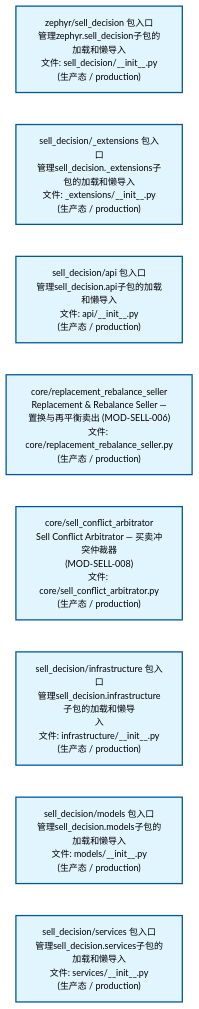
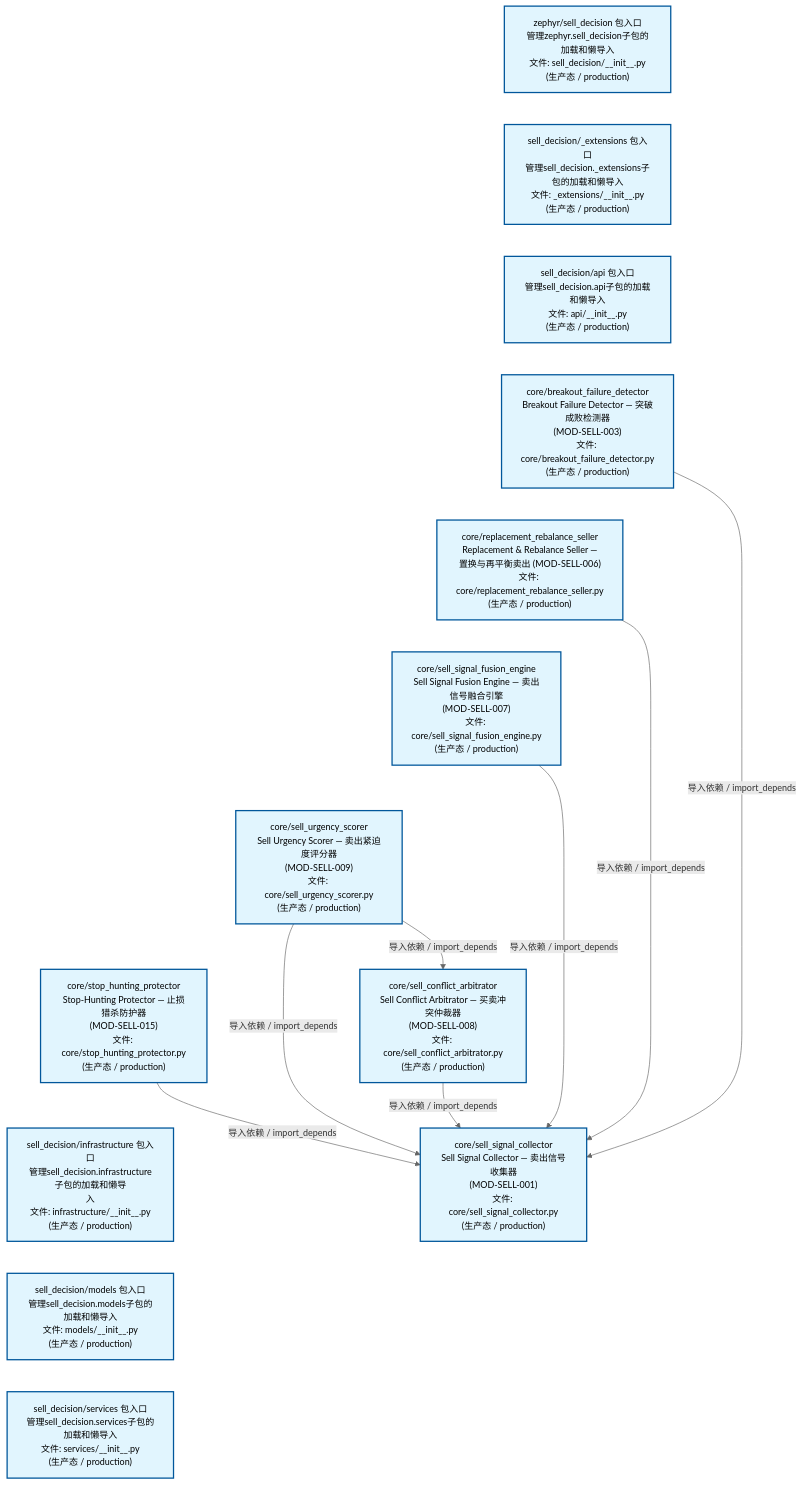
One commit to xuanFelixVan/ZephyrAlpha changed the second of 4 diagrams in docs/02_enterprise_architecture/02_domain_architecture_docs/67_d_sell_decision.md. Above: the diagram before and after it, drawn with Mermaid. The commit also changed other lines of this file and 50 other files, not shown here.

````diff
--- a/docs/02_enterprise_architecture/02_domain_architecture_docs/67_d_sell_decision.md
+++ b/docs/02_enterprise_architecture/02_domain_architecture_docs/67_d_sell_decision.md
@@ -142,24 +145,39 @@
 ```mermaid
 %%{init: {'theme': 'base', 'themeVariables': {'primaryColor': '#eaeaea', 'primaryTextColor': '#333333', 'primaryBorderColor': '#666666', 'lineColor': '#666666', 'secondaryColor': '#eaeaea', 'tertiaryColor': '#eaeaea', 'fontSize': '14px'}}}%%
 flowchart TD
     src_zephyr_sell_decision_init_py["zephyr/sell_decision 包入口<br/>管理zephyr.sell_decision子包的加载和懒导入<br/>文件: sell_decision/__init__.py<br/>(生产态 / production)"]
     src_zephyr_sell_decision_extensions_init_py["sell_decision/_extensions 包入口<br/>管理sell_decision._extensions子包的加载和懒导入<br/>文件: _extensions/__init__.py<br/>(生产态 / production)"]
     src_zephyr_sell_decision_api_init_py["sell_decision/api 包入口<br/>管理sell_decision.api子包的加载和懒导入<br/>文件: api/__init__.py<br/>(生产态 / production)"]
+    src_zephyr_sell_decision_core_breakout_failure_detector_py["core/breakout_failure_detector<br/>Breakout Failure Detector — 突破成败检测器<br/>(MOD-SELL-003)<br/>文件: core/breakout_failure_detector.py<br/>(生产态 / production)"]
     src_zephyr_sell_decision_core_replacement_rebalance_seller_py["core/replacement_rebalance_seller<br/>Replacement & Rebalance Seller —<br/>置换与再平衡卖出 (MOD-SELL-006)<br/>文件: core/replacement_rebalance_seller.py<br/>(生产态 / production)"]
-    src_zephyr_sell_decision_core_sell_conflict_arbitrator_py["core/sell_conflict_arbitrator<br/>Sell Conflict Arbitrator — 买卖冲突仲裁器<br/>(MOD-SELL-008)<br/>文件: core/sell_conflict_arbitrator.py<br/>(生产态 / production)"]
+    src_zephyr_sell_decision_core_sell_signal_fusion_engine_py["core/sell_signal_fusion_engine<br/>Sell Signal Fusion Engine — 卖出信号融合引擎<br/>(MOD-SELL-007)<br/>文件: core/sell_signal_fusion_engine.py<br/>(生产态 / production)"]
+    src_zephyr_sell_decision_core_sell_urgency_scorer_py["core/sell_urgency_scorer<br/>Sell Urgency Scorer — 卖出紧迫度评分器<br/>(MOD-SELL-009)<br/>文件: core/sell_urgency_scorer.py<br/>(生产态 / production)"]
+    src_zephyr_sell_decision_core_stop_hunting_protector_py["core/stop_hunting_protector<br/>Stop-Hunting Protector — 止损猎杀防护器<br/>(MOD-SELL-015)<br/>文件: core/stop_hunting_protector.py<br/>(生产态 / production)"]
     src_zephyr_sell_decision_infrastructure_init_py["sell_decision/infrastructure 包入口<br/>管理sell_decision.infrastructure子包的加载和懒导<br/>入<br/>文件: infrastructure/__init__.py<br/>(生产态 / production)"]
     src_zephyr_sell_decision_models_init_py["sell_decision/models 包入口<br/>管理sell_decision.models子包的加载和懒导入<br/>文件: models/__init__.py<br/>(生产态 / production)"]
     src_zephyr_sell_decision_services_init_py["sell_decision/services 包入口<br/>管理sell_decision.services子包的加载和懒导入<br/>文件: services/__init__.py<br/>(生产态 / production)"]
     src_zephyr_sell_decision_init_py ~~~ src_zephyr_sell_decision_extensions_init_py
     src_zephyr_sell_decision_extensions_init_py ~~~ src_zephyr_sell_decision_api_init_py
-    src_zephyr_sell_decision_api_init_py ~~~ src_zephyr_sell_decision_core_replacement_rebalance_seller_py
-    src_zephyr_sell_decision_core_replacement_rebalance_seller_py ~~~ src_zephyr_sell_decision_core_sell_conflict_arbitrator_py
-    src_zephyr_sell_decision_core_sell_conflict_arbitrator_py ~~~ src_zephyr_sell_decision_infrastructure_init_py
+    src_zephyr_sell_decision_api_init_py ~~~ src_zephyr_sell_decision_core_breakout_failure_detector_py
+    src_zephyr_sell_decision_core_breakout_failure_detector_py ~~~ src_zephyr_sell_decision_core_replacement_rebalance_seller_py
+    src_zephyr_sell_decision_core_replacement_rebalance_seller_py ~~~ src_zephyr_sell_decision_core_sell_signal_fusion_engine_py
+    src_zephyr_sell_decision_core_sell_signal_fusion_engine_py ~~~ src_zephyr_sell_decision_core_sell_urgency_scorer_py
+    src_zephyr_sell_decision_core_sell_urgency_scorer_py ~~~ src_zephyr_sell_decision_core_stop_hunting_protector_py
+    src_zephyr_sell_decision_core_stop_hunting_protector_py ~~~ src_zephyr_sell_decision_infrastructure_init_py
     src_zephyr_sell_decision_infrastructure_init_py ~~~ src_zephyr_sell_decision_models_init_py
     src_zephyr_sell_decision_models_init_py ~~~ src_zephyr_sell_decision_services_init_py
+    src_zephyr_sell_decision_core_sell_conflict_arbitrator_py["core/sell_conflict_arbitrator<br/>Sell Conflict Arbitrator — 买卖冲突仲裁器<br/>(MOD-SELL-008)<br/>文件: core/sell_conflict_arbitrator.py<br/>(生产态 / production)"]
+    src_zephyr_sell_decision_core_sell_signal_collector_py["core/sell_signal_collector<br/>Sell Signal Collector — 卖出信号收集器<br/>(MOD-SELL-001)<br/>文件: core/sell_signal_collector.py<br/>(生产态 / production)"]
+    src_zephyr_sell_decision_core_replacement_rebalance_seller_py -->|导入依赖 / import_depends| src_zephyr_sell_decision_core_sell_signal_collector_py
+    src_zephyr_sell_decision_core_breakout_failure_detector_py -->|导入依赖 / import_depends| src_zephyr_sell_decision_core_sell_signal_collector_py
+    src_zephyr_sell_decision_core_sell_signal_fusion_engine_py -->|导入依赖 / import_depends| src_zephyr_sell_decision_core_sell_signal_collector_py
+    src_zephyr_sell_decision_core_sell_conflict_arbitrator_py -->|导入依赖 / import_depends| src_zephyr_sell_decision_core_sell_signal_collector_py
+    src_zephyr_sell_decision_core_sell_urgency_scorer_py -->|导入依赖 / import_depends| src_zephyr_sell_decision_core_sell_signal_collector_py
+    src_zephyr_sell_decision_core_sell_urgency_scorer_py -->|导入依赖 / import_depends| src_zephyr_sell_decision_core_sell_conflict_arbitrator_py
+    src_zephyr_sell_decision_core_stop_hunting_protector_py -->|导入依赖 / import_depends| src_zephyr_sell_decision_core_sell_signal_collector_py
     classDef production fill:#e1f5fe,stroke:#01579b,stroke-width:2px,color:#000
     classDef design fill:#fff3e0,stroke:#e65100,stroke-width:2px,color:#000,stroke-dasharray: 5 5
     classDef external_prod fill:#e8f4fd,stroke:#0277bd,stroke-width:1px,color:#000
     classDef external_design fill:#fff8e7,stroke:#ef6c00,stroke-width:1px,color:#000,stroke-dasharray: 5 5
-    class src_zephyr_sell_decision_init_py,src_zephyr_sell_decision_extensions_init_py,src_zephyr_sell_decision_api_init_py,src_zephyr_sell_decision_core_replacement_rebalance_seller_py,src_zephyr_sell_decision_core_sell_conflict_arbitrator_py,src_zephyr_sell_decision_infrastructure_init_py,src_zephyr_sell_decision_models_init_py,src_zephyr_sell_decision_services_init_py production
+    class src_zephyr_sell_decision_init_py,src_zephyr_sell_decision_extensions_init_py,src_zephyr_sell_decision_api_init_py,src_zephyr_sell_decision_core_breakout_failure_detector_py,src_zephyr_sell_decision_core_replacement_rebalance_seller_py,src_zephyr_sell_decision_core_sell_conflict_arbitrator_py,src_zephyr_sell_decision_core_sell_signal_collector_py,src_zephyr_sell_decision_core_sell_signal_fusion_engine_py,src_zephyr_sell_decision_core_sell_urgency_scorer_py,src_zephyr_sell_decision_core_stop_hunting_protector_py,src_zephyr_sell_decision_infrastructure_init_py,src_zephyr_sell_decision_models_init_py,src_zephyr_sell_decision_services_init_py production
 ```
````
